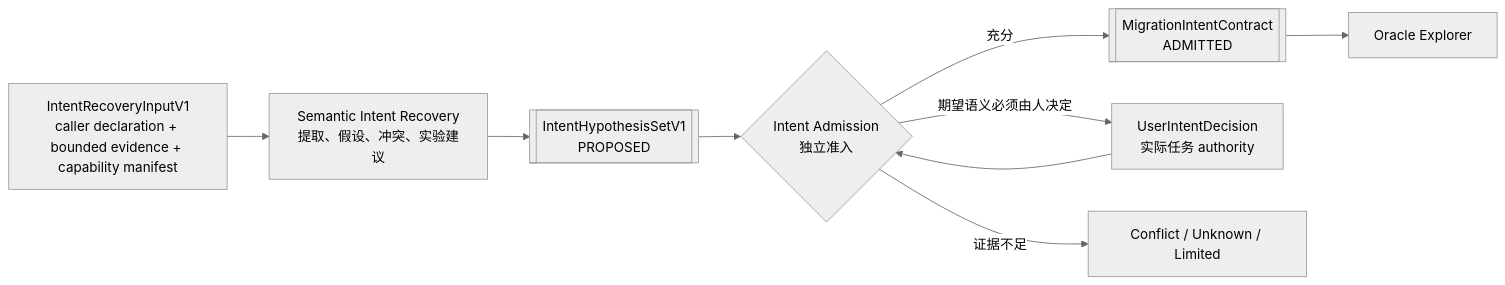
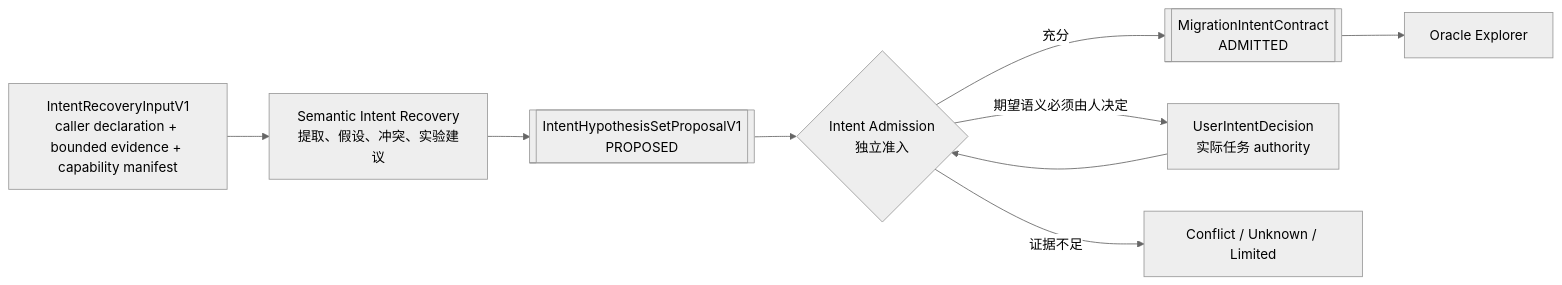
One commit to ascendresearch/cairn changed the diagram in docs/oracle/SEMANTIC_INTENT_RECOVERY_DESIGN.md. Above: the diagram before and after it, drawn with Mermaid (neutral theme). The commit also changed other lines of this file and 14 other files, not shown here.

````diff
--- a/docs/oracle/SEMANTIC_INTENT_RECOVERY_DESIGN.md
+++ b/docs/oracle/SEMANTIC_INTENT_RECOVERY_DESIGN.md
@@ -29,15 +29,15 @@
 ```mermaid
 flowchart LR
     input["IntentRecoveryInputV1\ncaller declaration + bounded evidence + capability manifest"]
     sir["Semantic Intent Recovery\n提取、假设、冲突、实验建议"]
-    proposals[["IntentHypothesisSetV1\nPROPOSED"]]
+    proposals[["IntentHypothesisSetProposalV1\nPROPOSED"]]
     admit{"Intent Admission\n独立准入"}
     contract[["MigrationIntentContract\nADMITTED"]]
     oracle["Oracle Explorer"]
     decision["UserIntentDecision\n实际任务 authority"]
 
     input --> sir --> proposals --> admit
     admit -->|充分| contract --> oracle
     admit -->|证据不足| unresolved["Conflict / Unknown / Limited"]
     admit -->|期望语义必须由人决定| decision --> admit
 ```
````
